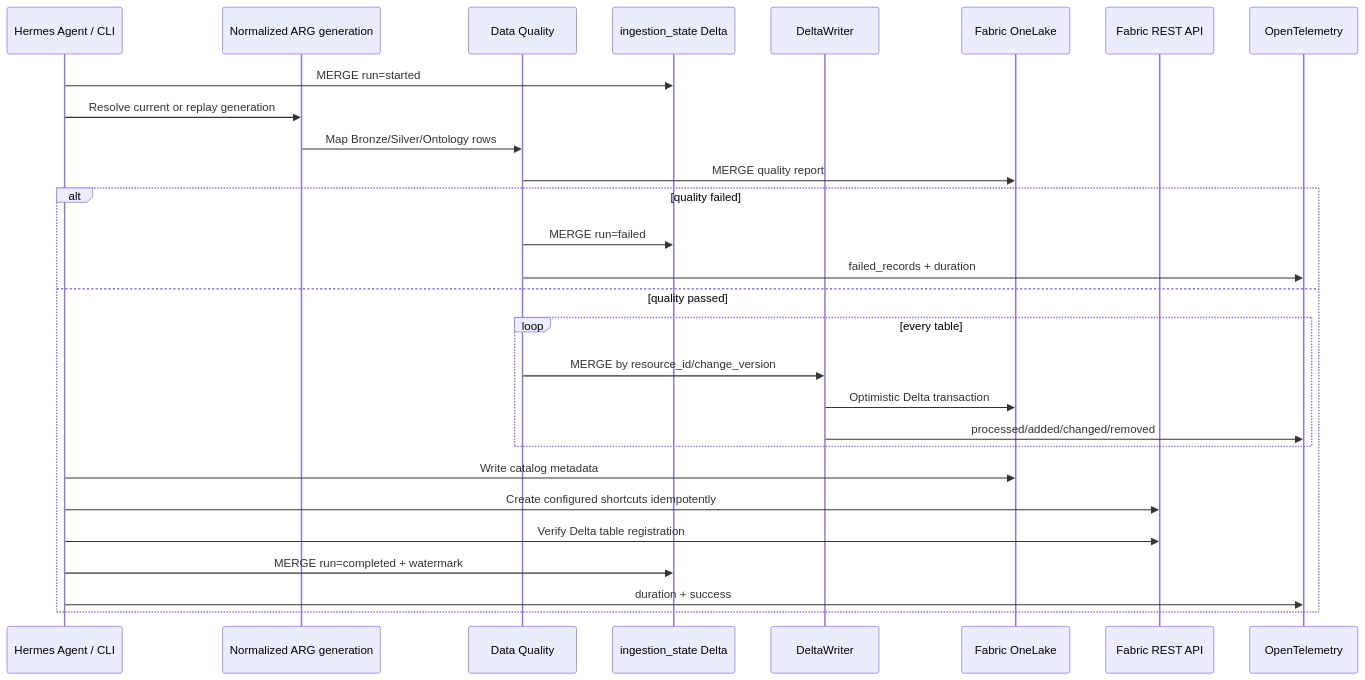
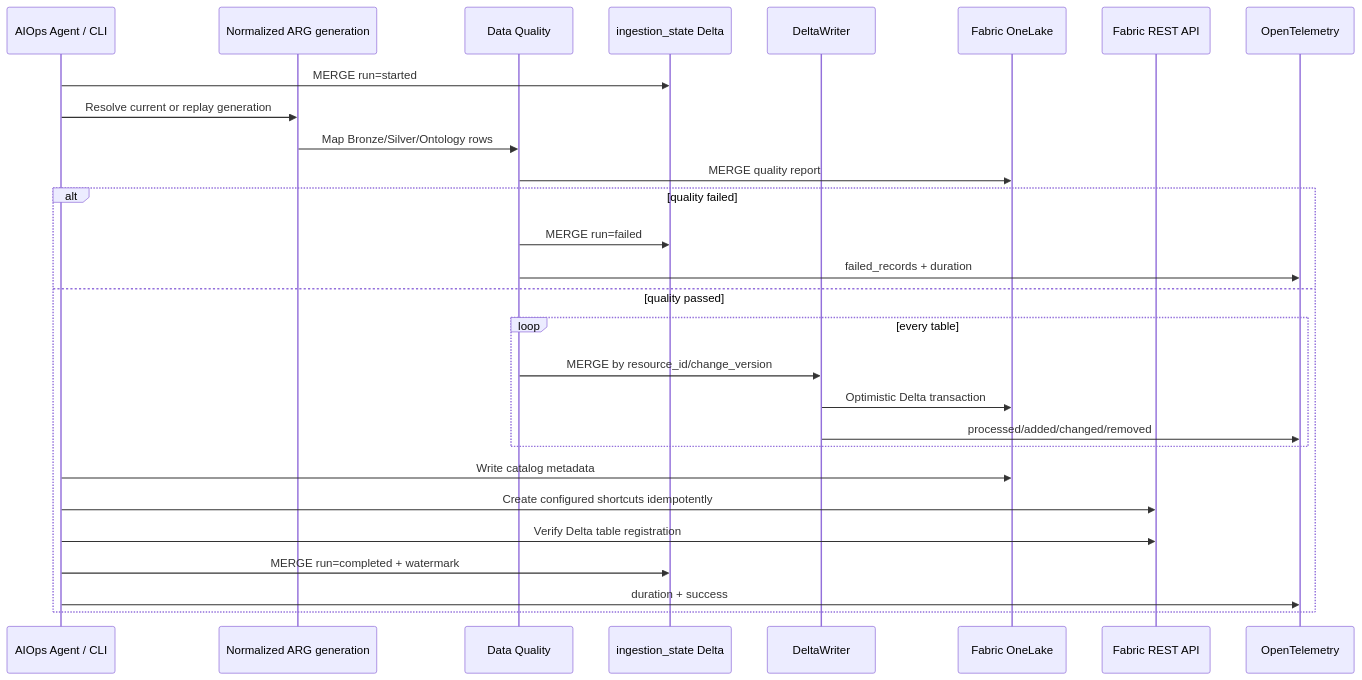
One commit to jasonpanggit/azure-aiops changed the diagram in docs/fabric-data-flow.md. Above: the diagram before and after it, drawn with Mermaid. The commit also changed 493 other files, not shown here.

First line of the commit message:
refactor: rename Hermes to AIOps across the codebase

````diff
--- a/docs/fabric-data-flow.md
+++ b/docs/fabric-data-flow.md
@@ -3,31 +3,31 @@
 ```mermaid
 sequenceDiagram
-    participant Agent as Hermes Agent / CLI
+    participant Agent as AIOps Agent / CLI
     participant Source as Normalized ARG generation
     participant Quality as Data Quality
     participant State as ingestion_state Delta
     participant Delta as DeltaWriter
     participant OneLake as Fabric OneLake
     participant API as Fabric REST API
     participant OTel as OpenTelemetry
 
     Agent->>State: MERGE run=started
     Agent->>Source: Resolve current or replay generation
     Source->>Quality: Map Bronze/Silver/Ontology rows
     Quality->>OneLake: MERGE quality report
     alt quality failed
         Quality->>State: MERGE run=failed
         Quality->>OTel: failed_records + duration
     else quality passed
         loop every table
             Quality->>Delta: MERGE by resource_id/change_version
             Delta->>OneLake: Optimistic Delta transaction
             Delta->>OTel: processed/added/changed/removed
         end
         Agent->>OneLake: Write catalog metadata
         Agent->>API: Create configured shortcuts idempotently
         Agent->>API: Verify Delta table registration
         Agent->>State: MERGE run=completed + watermark
         Agent->>OTel: duration + success
     end
 ```
````
